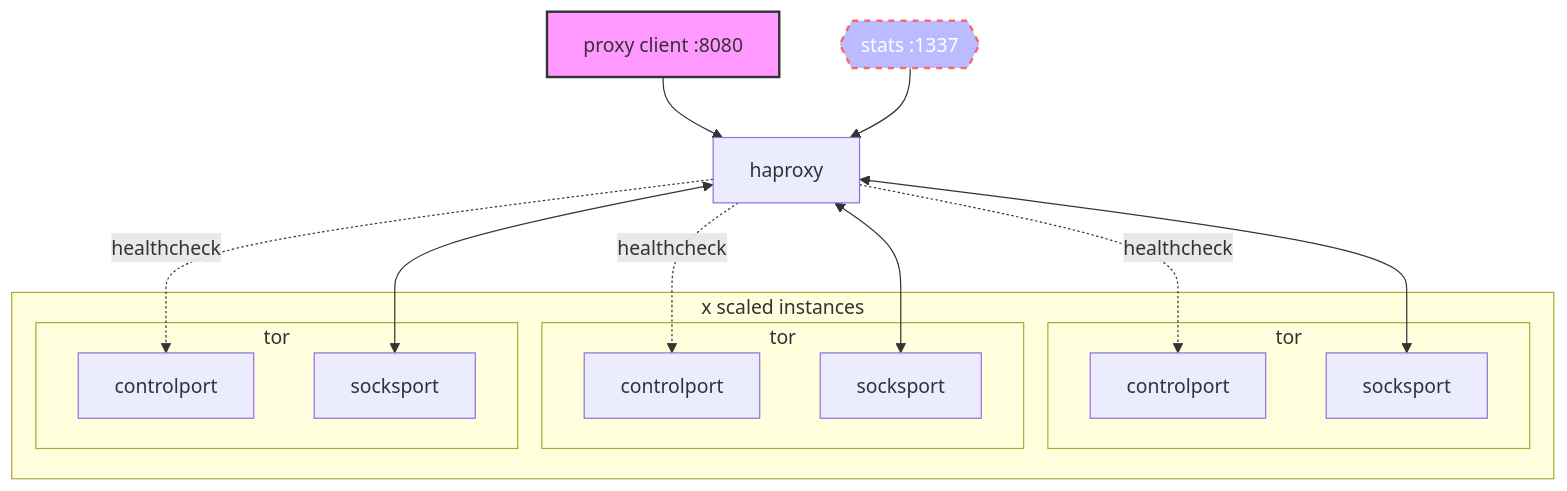
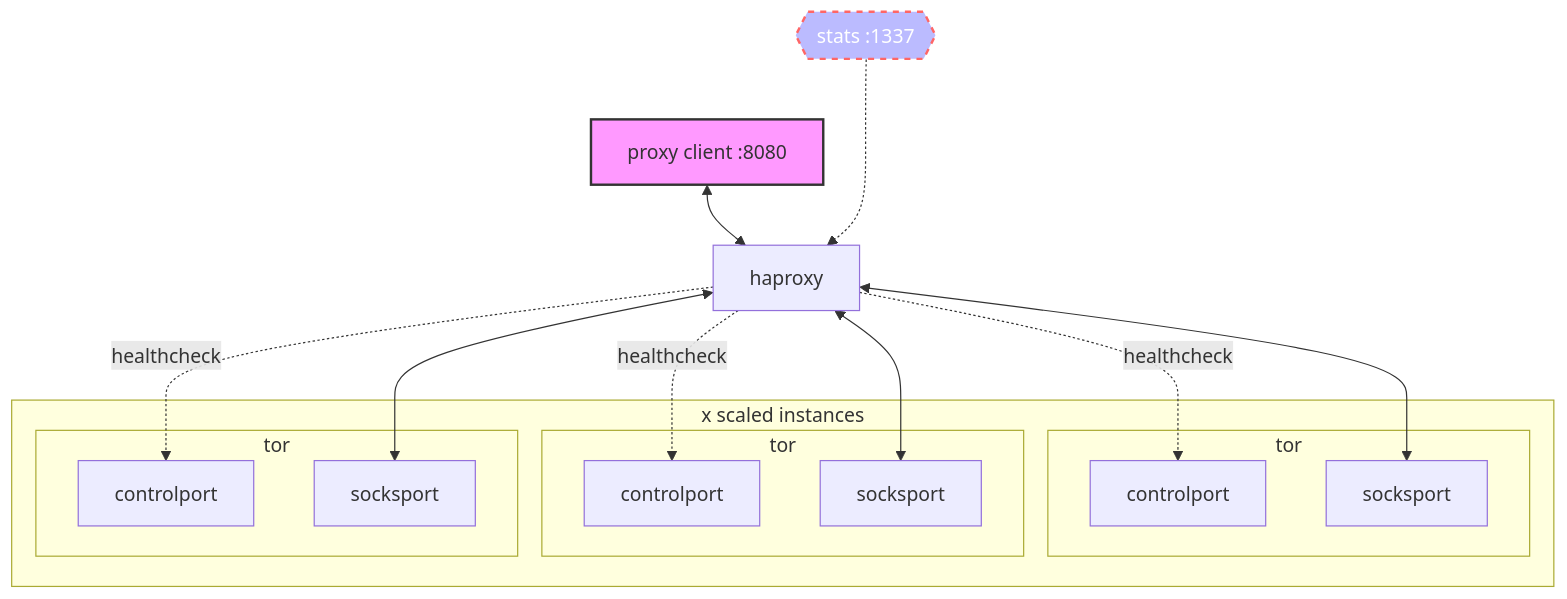
Before and after one commit to joshhighet/multisocks: the diagram in README.md, drawn with Mermaid.

````diff
--- a/README.md
+++ b/README.md
@@ -9,28 +9,28 @@
 ```mermaid
 flowchart TB
-    sclient[proxy client :8080]-->front
-    stat{{stats :1337}}-->front
+    sclient[proxy client :8080]<-->front
+    stat{{stats :1337}}-..->front
     front[haproxy]
     style sclient fill:#f9f,stroke:#333,stroke-width:2px
     style stat fill:#bbf,stroke:#f66,stroke-width:2px,color:#fff,stroke-dasharray: 5 5
     subgraph scaler[x scaled instances]
         subgraph tor1 [tor]
         ctrl[controlport]
         sock[socksport]
         end
         subgraph tor2 [tor]
         ctrl2[controlport]
         sock2[socksport]
         end
         subgraph tor3 [tor]
         ctrl3[controlport]
         sock3[socksport]
         end
     end
     front<-->sock
     front-. healthcheck .-> ctrl
     front<-->sock2
     front-. healthcheck .-> ctrl2
     front<-->sock3
     front-. healthcheck .-> ctrl3
 ```
````
